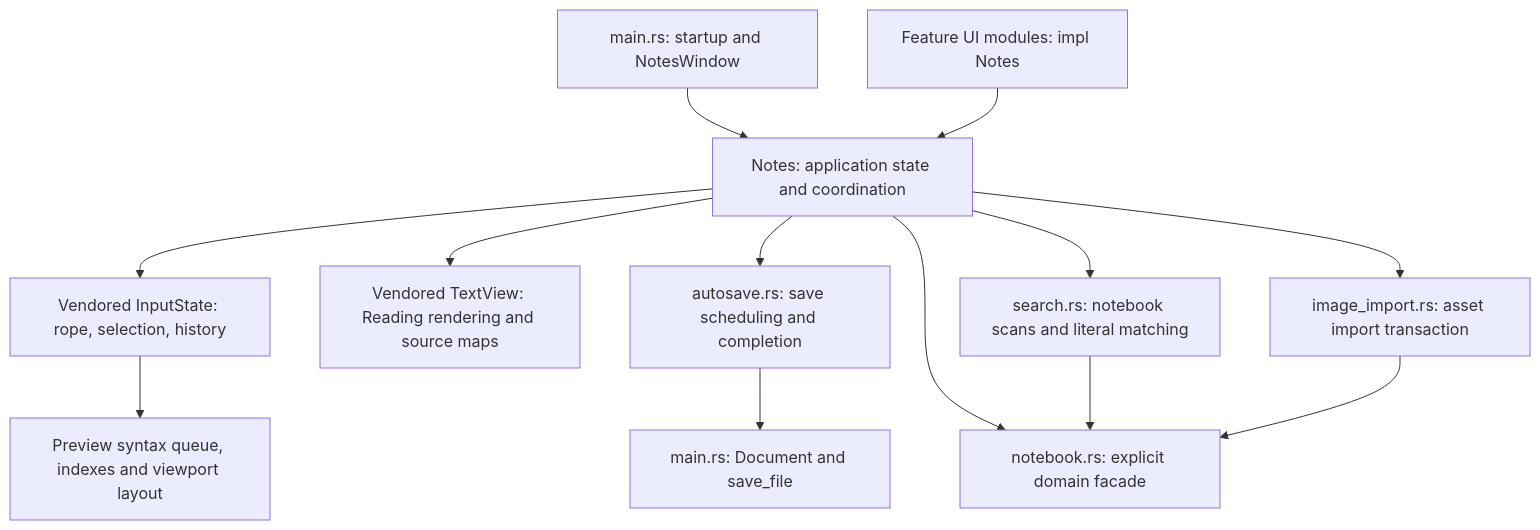
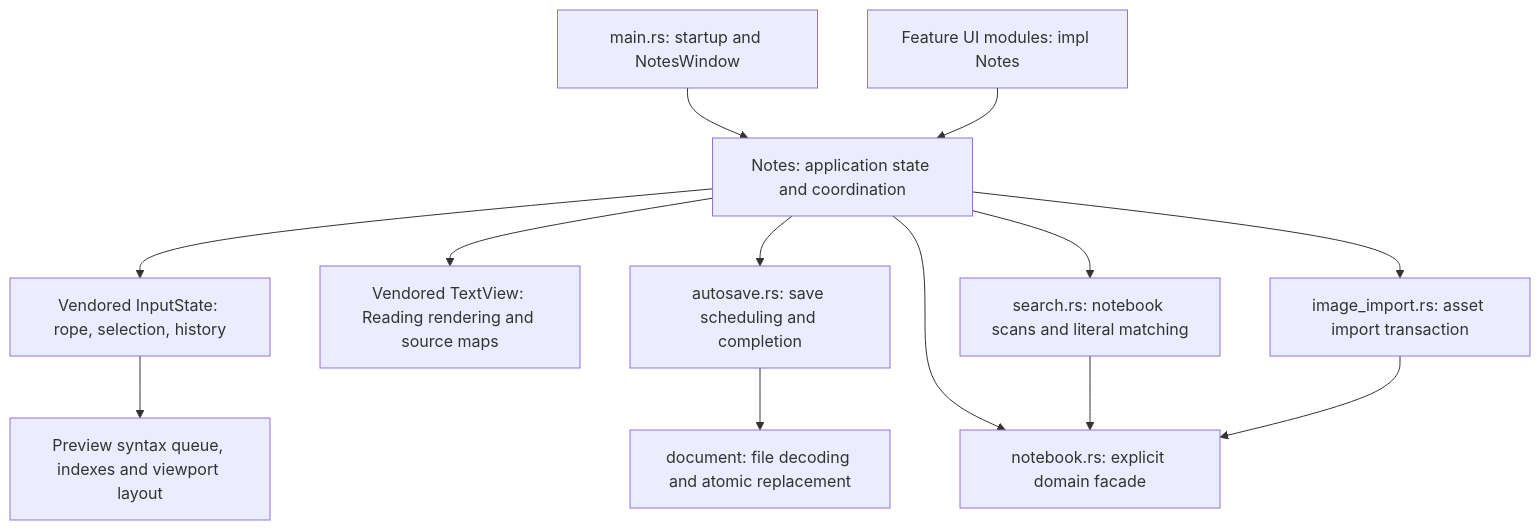
Before and after one commit to travisluong/markdown-note: the diagram in ARCHITECTURE.md, drawn with Mermaid. The commit also changed other lines of this file and 10 other files, not shown here.

````diff
--- a/ARCHITECTURE.md
+++ b/ARCHITECTURE.md
@@ -17,15 +17,15 @@
 ```mermaid
 flowchart TD
     Main[main.rs: startup and NotesWindow] --> Notes[Notes: application state and coordination]
     Views[Feature UI modules: impl Notes] --> Notes
     Notes --> Editor[Vendored InputState: rope, selection, history]
     Notes --> Reading[Vendored TextView: Reading rendering and source maps]
     Notes --> Saves[autosave.rs: save scheduling and completion]
-    Saves --> FileIO[main.rs: Document and save_file]
+    Saves --> FileIO[document: file decoding and atomic replacement]
     Notes --> Notebook[notebook.rs: explicit domain facade]
     Notes --> Search[search.rs: notebook scans and literal matching]
     Notes --> Imports[image_import.rs: asset import transaction]
     Search --> Notebook
     Imports --> Notebook
     Editor --> Preview[Preview syntax queue, indexes and viewport layout]
 ```
````
